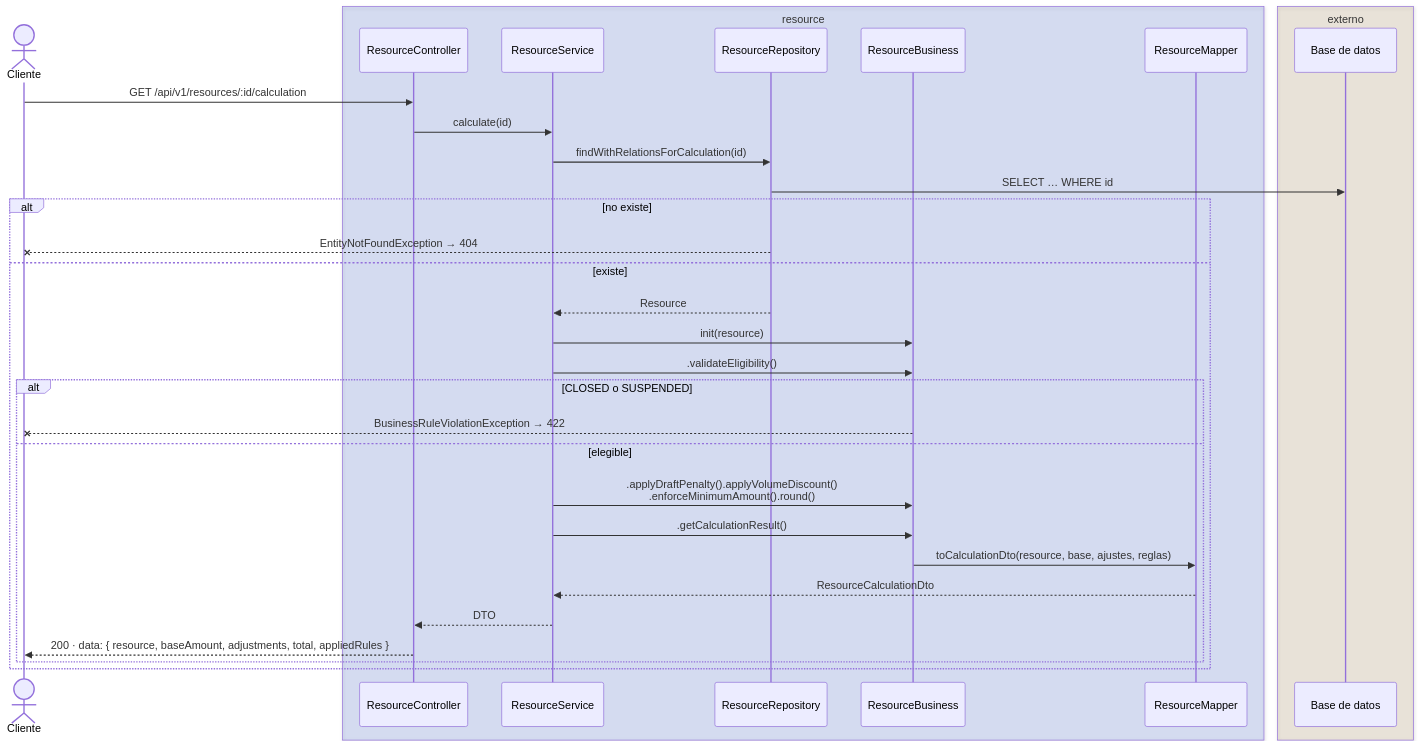
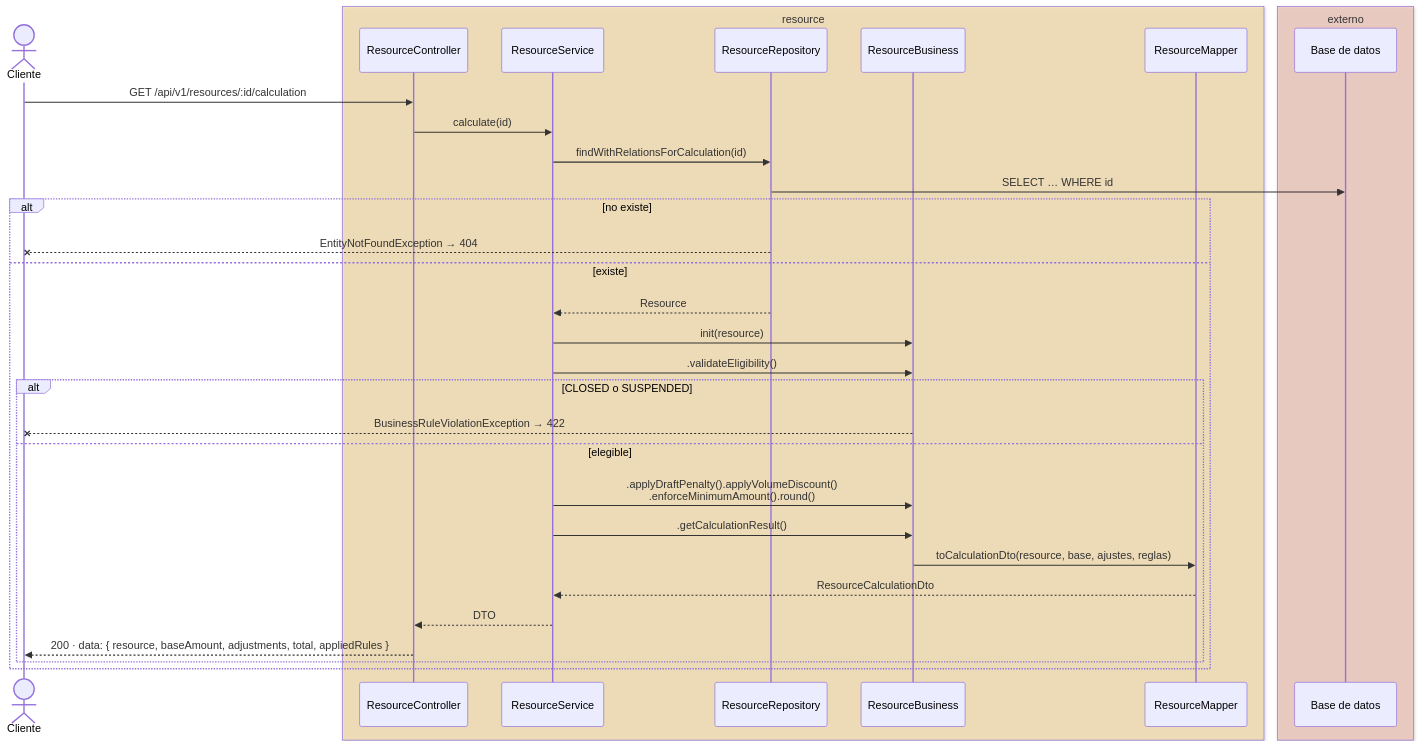
Before and after one commit to pcarroza91/nest-template: the sixth of 19 diagrams in docs/architecture.md, drawn with Mermaid. The commit also changed other lines of this file and 2 other files, not shown here.

First line of the commit message:
docs(architecture): aplica el estilo pastel por rol a los diagramas Mermaid

````diff
--- a/docs/architecture.md
+++ b/docs/architecture.md
@@ -251,36 +232,36 @@
 ```mermaid
 sequenceDiagram
     actor CL as Cliente
-    box rgba(29,78,216,0.15) resource
+    box rgba(253,224,163,0.6) resource
         participant C as ResourceController
         participant S as ResourceService
         participant R as ResourceRepository
         participant B as ResourceBusiness
         participant M as ResourceMapper
     end
-    box rgba(160,124,59,0.15) externo
+    box rgba(246,193,178,0.6) externo
         participant DB as Base de datos
     end
 
     CL->>C: GET /api/v1/resources/:id/calculation
     C->>S: calculate(id)
     S->>R: findWithRelationsForCalculation(id)
     R->>DB: SELECT … WHERE id
     alt no existe
         R--xCL: EntityNotFoundException → 404
     else existe
         R-->>S: Resource
         S->>B: init(resource)
         S->>B: .validateEligibility()
         alt CLOSED o SUSPENDED
             B--xCL: BusinessRuleViolationException → 422
         else elegible
             S->>B: .applyDraftPenalty().applyVolumeDiscount()<br/>.enforceMinimumAmount().round()
             S->>B: .getCalculationResult()
             B->>M: toCalculationDto(resource, base, ajustes, reglas)
             M-->>S: ResourceCalculationDto
             S-->>C: DTO
             C-->>CL: 200 · data: { resource, baseAmount, adjustments, total, appliedRules }
         end
     end
 ```
````
